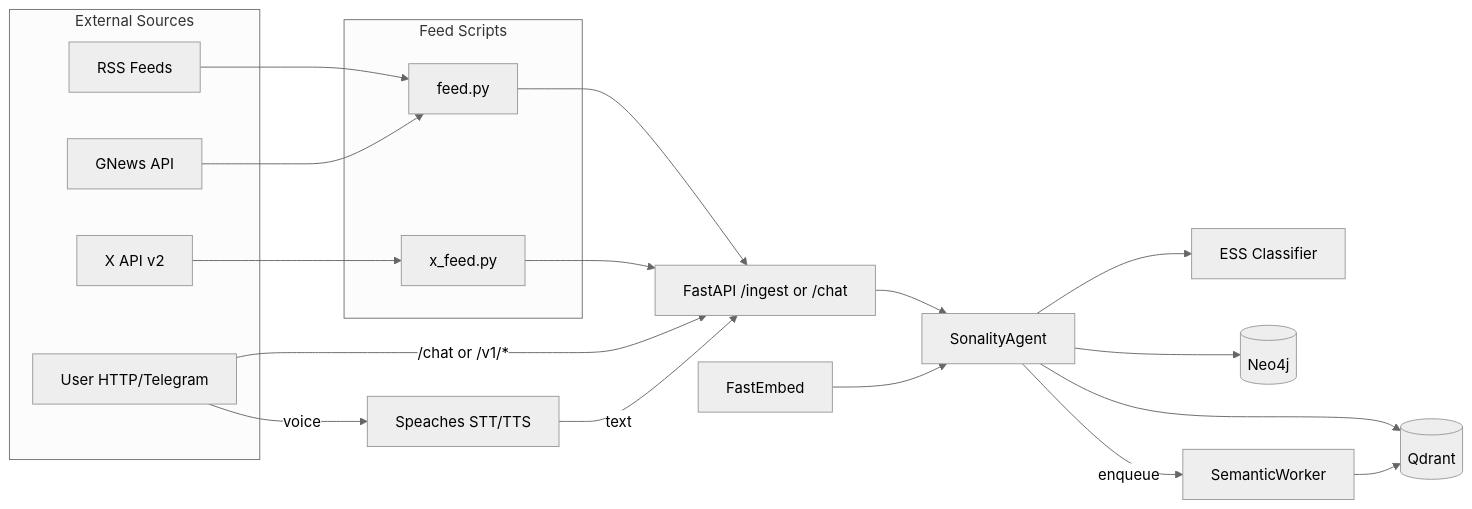
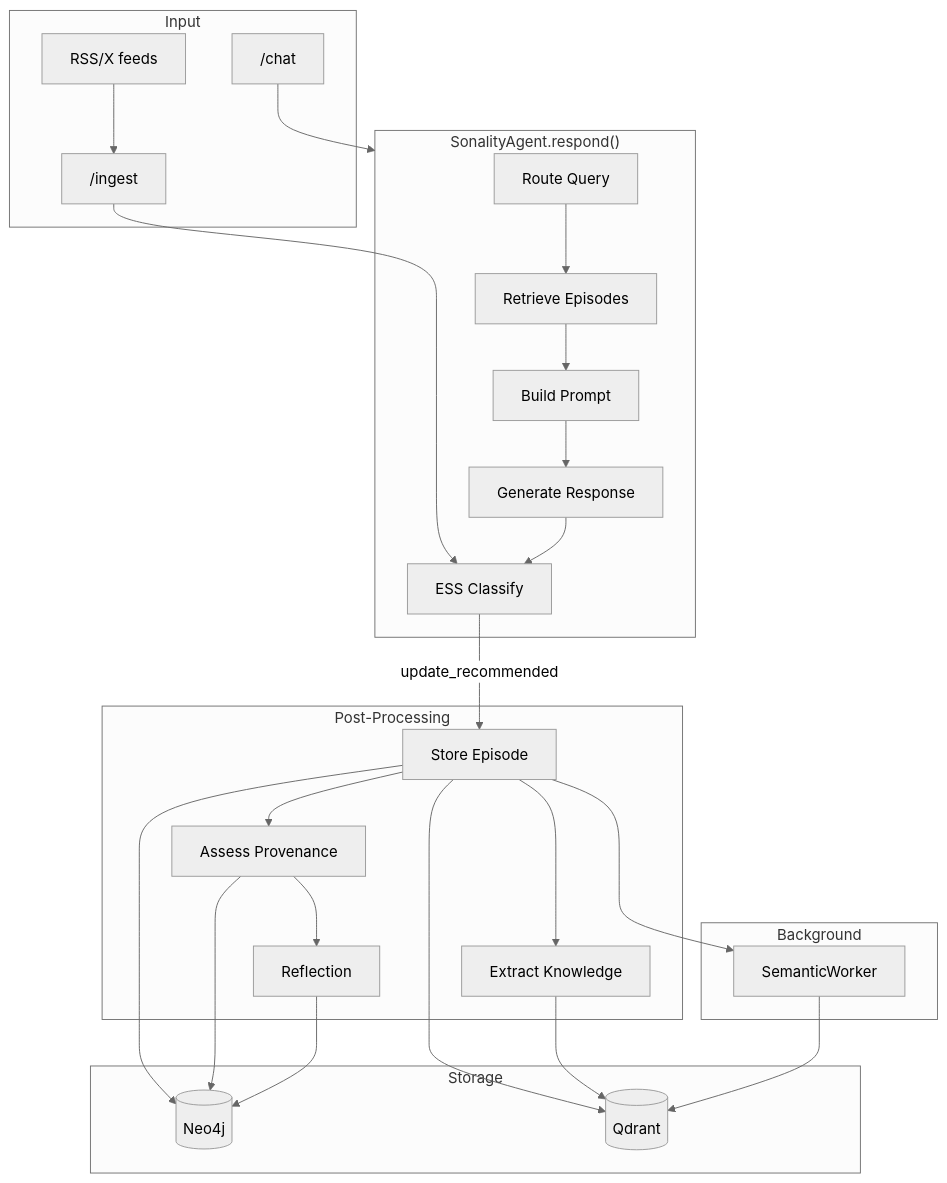
Before and after one commit to Okm165/Sonality: the diagram in docs/architecture/data-flow.md, drawn with Mermaid (neutral theme). The commit also changed other lines of this file and 1 other file, not shown here.

First line of the commit message:
docs(architecture): Rewrite core architecture documentation

````diff
--- a/docs/architecture/data-flow.md
+++ b/docs/architecture/data-flow.md
@@ -7,39 +5,43 @@
 ```mermaid
-flowchart LR
-    subgraph sources["External Sources"]
-        RSS[RSS Feeds]
-        GN[GNews API]
-        X[X API v2]
-        User[User HTTP/Telegram]
+flowchart TD
+    subgraph Input
+        Chat["/chat"] 
+        Ingest["/ingest"]
+        Feed["RSS/X feeds"]
     end
-
-    subgraph scripts["Feed Scripts"]
-        feed_py[feed.py]
-        x_py[x_feed.py]
+    
+    subgraph Agent["SonalityAgent.respond()"]
+        Route[Route Query]
+        Retrieve[Retrieve Episodes]
+        Build[Build Prompt]
+        LLM[Generate Response]
+        ESS[ESS Classify]
     end
-
-    API[FastAPI /ingest or /chat]
-    Agent[SonalityAgent]
-    ESS[ESS Classifier]
-    N4j[(Neo4j)]
-    Qd[(Qdrant)]
-    Emb[FastEmbed]
-    SemW[SemanticWorker]
-    Sp[Speaches STT/TTS]
-
-    RSS --> feed_py
-    GN --> feed_py
-    X --> x_py
-    feed_py --> API
-    x_py --> API
-    User -->|/chat or /v1/*| API
-    User -->|voice| Sp
-    Sp -->|text| API
-    API --> Agent
-    Agent --> ESS
-    Agent --> N4j
-    Emb --> Agent
-    Agent --> Qd
-    Agent -->|enqueue| SemW
-    SemW --> Qd
+    
+    subgraph Post["Post-Processing"]
+        Store[Store Episode]
+        Know[Extract Knowledge]
+        Prov[Assess Provenance]
+        Reflect[Reflection]
+    end
+    
+    subgraph Storage
+        Neo4j[(Neo4j)]
+        Qdrant[(Qdrant)]
+    end
+    
+    subgraph Background
+        Sem[SemanticWorker]
+    end
+    
+    Chat --> Agent
+    Feed --> Ingest --> ESS
+    Route --> Retrieve --> Build --> LLM --> ESS
+    ESS -->|update_recommended| Store
+    Store --> Neo4j & Qdrant
+    Store --> Know & Prov
+    Know --> Qdrant
+    Prov --> Neo4j
+    Prov --> Reflect --> Neo4j
+    Store --> Sem --> Qdrant
 ```
````
